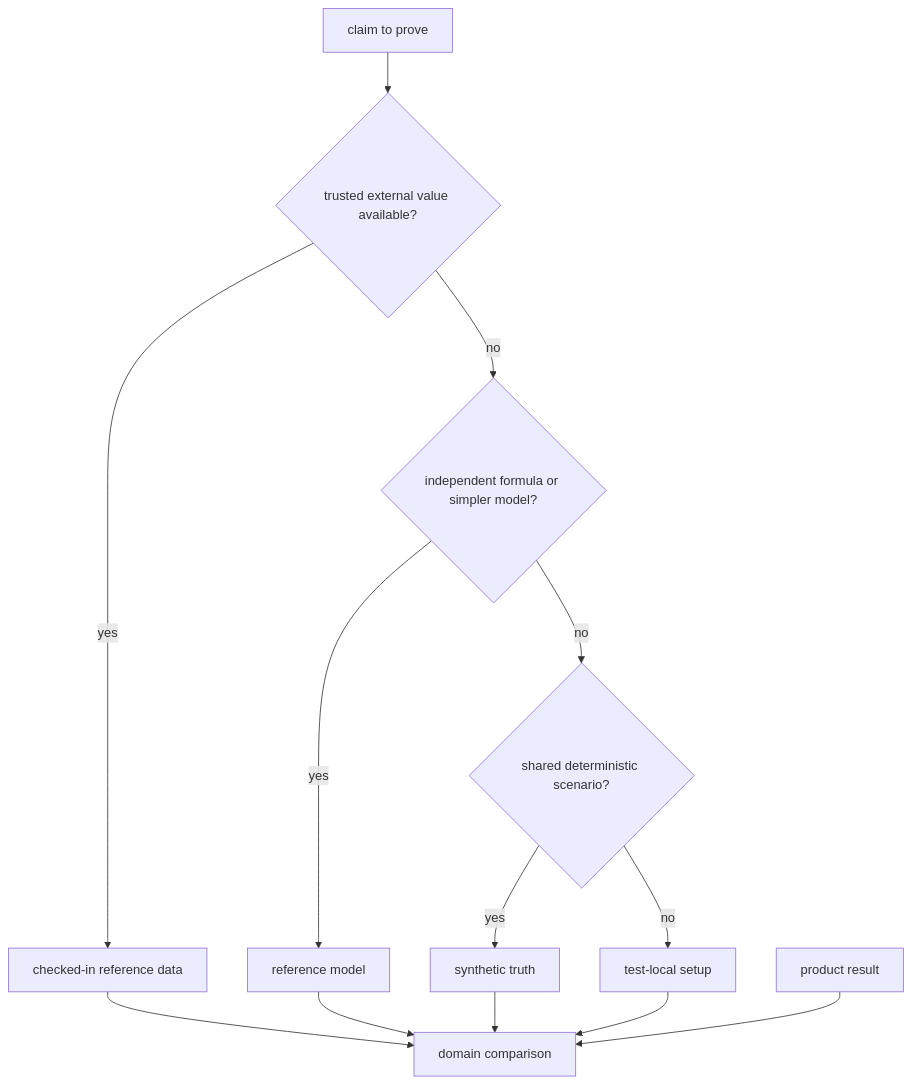
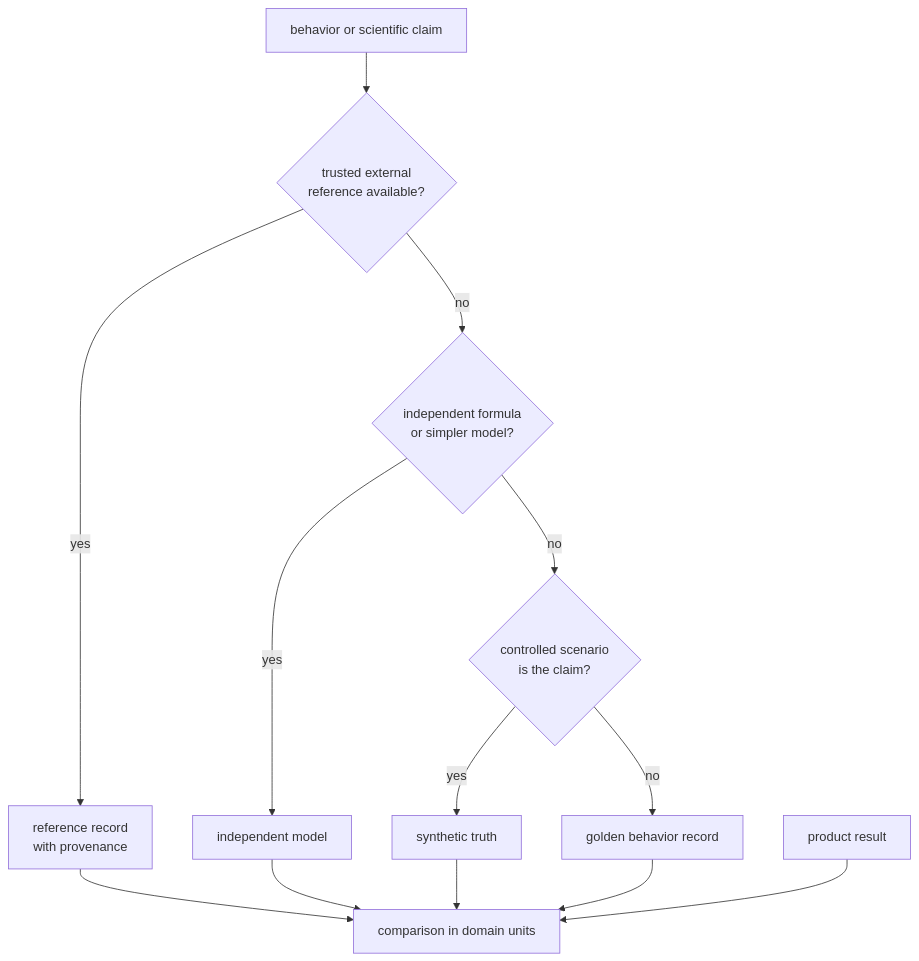
One commit to bijux/bijux-telecom changed the first of 2 diagrams in crates/bijux-gnss-testkit/README.md. Above: the diagram before and after it, drawn with Mermaid. The commit also changed other lines of this file and 1 other file, not shown here.

Commit message:
docs(quality): bound policy checks and test evidence

````diff
--- a/crates/bijux-gnss-testkit/README.md
+++ b/crates/bijux-gnss-testkit/README.md
@@ -14,22 +14,22 @@
 ```mermaid
 flowchart TD
-    claim["claim to prove"]
-    source{"trusted external value available?"}
-    reference["checked-in reference data"]
-    formula{"independent formula or simpler model?"}
-    model["reference model"]
-    scenario{"shared deterministic scenario?"}
-    synthetic["synthetic truth"]
-    local["test-local setup"]
+    claim["behavior or scientific claim"]
+    external{"trusted external<br/>reference available?"}
+    reference["reference record<br/>with provenance"]
+    formula{"independent formula<br/>or simpler model?"}
+    model["independent model"]
+    synthetic{"controlled scenario<br/>is the claim?"}
+    truth["synthetic truth"]
+    regression["golden behavior record"]
     product["product result"]
-    compare["domain comparison"]
+    compare["comparison in domain units"]
 
-    claim --> source
-    source -->|"yes"| reference --> compare
-    source -->|"no"| formula
+    claim --> external
+    external -->|"yes"| reference --> compare
+    external -->|"no"| formula
     formula -->|"yes"| model --> compare
-    formula -->|"no"| scenario
-    scenario -->|"yes"| synthetic --> compare
-    scenario -->|"no"| local --> compare
+    formula -->|"no"| synthetic
+    synthetic -->|"yes"| truth --> compare
+    synthetic -->|"no"| regression --> compare
     product --> compare
 ```
````
